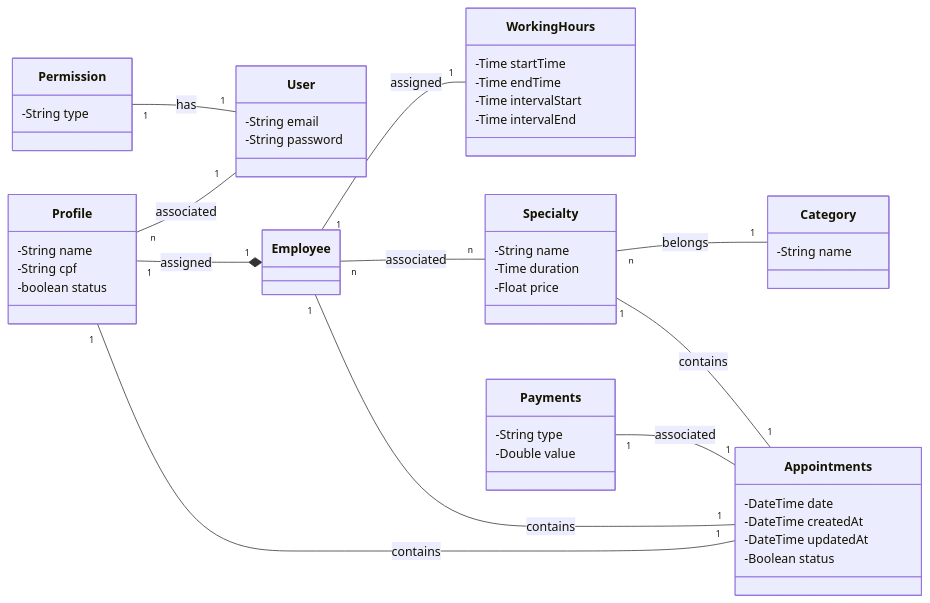
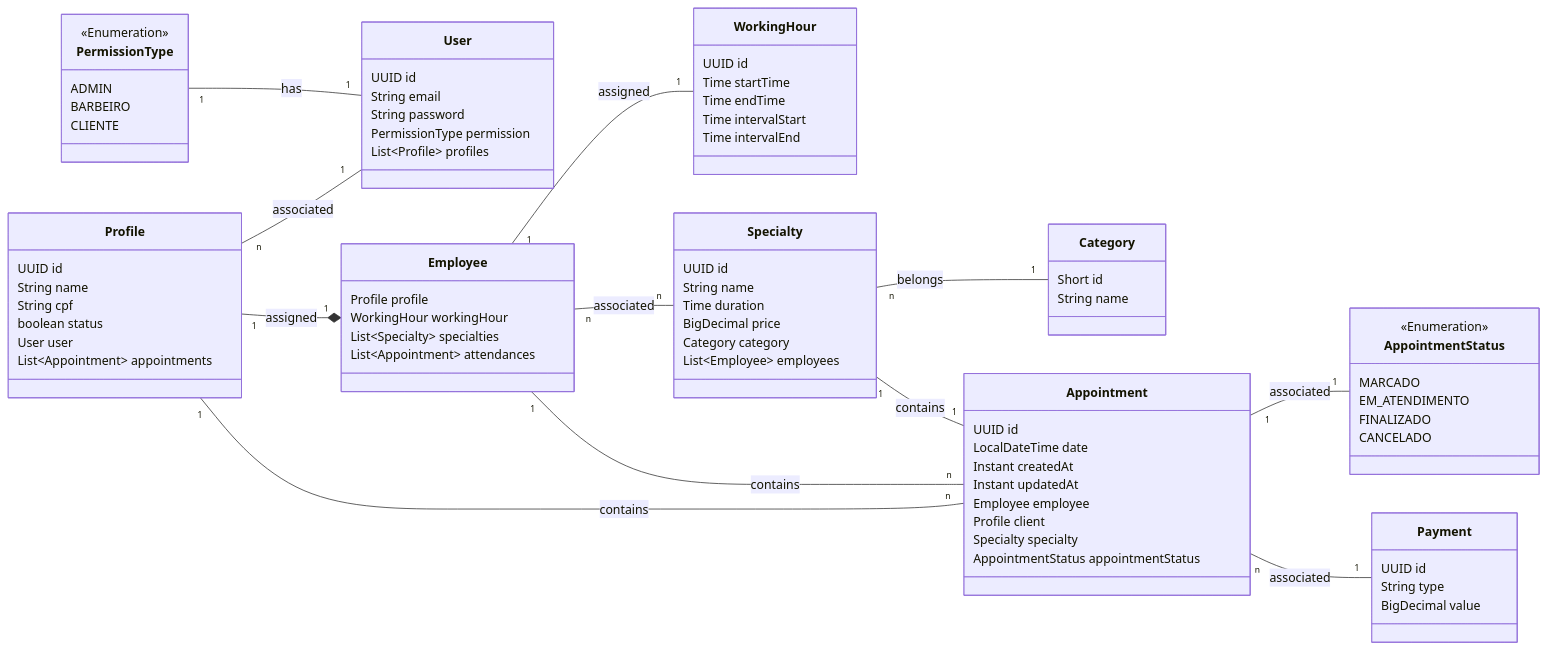
One commit to marcelo-de-santana/jubas-backend changed the diagram in README.md. Above: the diagram before and after it, drawn with Mermaid. The commit also changed other lines of this file and 3 other files, not shown here.

Commit message:
atualizando o diagrama de classes

````diff
--- a/README.md
+++ b/README.md
@@ -22,70 +22,103 @@
 ```mermaid
 classDiagram
     direction LR
-    Permission "1" -- "1" User : has
+    PermissionType "1" -- "1" User : has
     
     Profile "n" -- "1" User : associated 
     
     Profile "1" --* "1" Employee : assigned
 
-    Employee "1" -- "1" WorkingHours : assigned
+    Employee "1" -- "1" WorkingHour : assigned
 
     Employee "n" -- "n" Specialty : associated
     
     Specialty "n" -- "1" Category : belongs
 
-    Employee "1" -- "1" Appointments : contains
+    Employee "1" -- "n" Appointment : contains
 
-    Profile "1" -- "1" Appointments : contains
+    Profile "1" -- "n" Appointment : contains
     
-    Specialty "1" -- "1" Appointments : contains
+    Specialty "1" -- "1" Appointment : contains
     
-    Payments "1" -- "1" Appointments : associated
+    Appointment "1" -- "1"  AppointmentStatus: associated
 
-    class Permission {
-        -String type
+    Appointment "n" -- "1"  Payment: associated
+
+    class PermissionType {
+        <<Enumeration>>
+        ADMIN
+        BARBEIRO
+        CLIENTE
     }
 
     class User {
-        -String email
-        -String password
+        UUID id
+        String email
+        String password
+        PermissionType permission
+        List~Profile~ profiles
     }
 
     class Profile {
-        -String name
-        -String cpf
-        -boolean status
+        UUID id
+        String name
+        String cpf
+        boolean status
+        User user
+        List~Appointment~ appointments
     }
 
     class Employee {
+        Profile profile
+        WorkingHour workingHour
+        List~Specialty~ specialties
+        List~Appointment~ attendances
     }
 
-    class WorkingHours {
-        -Time startTime
-        -Time endTime
-        -Time intervalStart
-        -Time intervalEnd
+    class WorkingHour {
+        UUID id
+        Time startTime
+        Time endTime
+        Time intervalStart
+        Time intervalEnd
     }
 
     class Specialty {
-        -String name
-        -Time duration
-        -Float price  
+        UUID id
+        String name
+        Time duration
+        BigDecimal price
+        Category category
+        List~Employee~ employees
     }
 
     class Category {
-        -String name
+        Short id
+        String name
     }
 
-    class Appointments {
-        -DateTime date
-        -DateTime createdAt
-        -DateTime updatedAt
-        -Boolean status
+    class Appointment {
+        UUID id
+        LocalDateTime date
+        Instant createdAt
+        Instant updatedAt
+        Employee employee
+        Profile client
+        Specialty specialty
+        AppointmentStatus appointmentStatus
     }
 
-    class Payments {
-        -String type
-        -Double value
+    class AppointmentStatus {
+        <<Enumeration>>
+        MARCADO
+        EM_ATENDIMENTO
+        FINALIZADO
+        CANCELADO
+    }
+
+    class Payment {
+        UUID id
+        String type
+        BigDecimal value
     }
 ```
````
